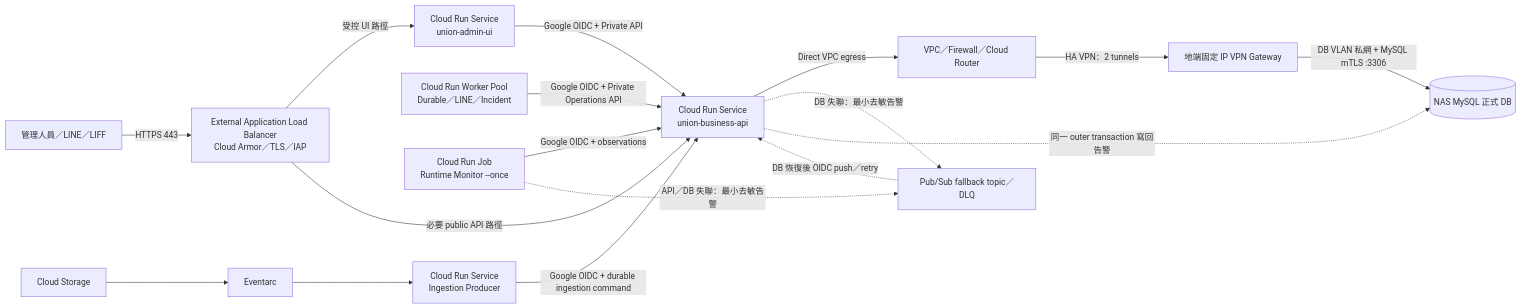
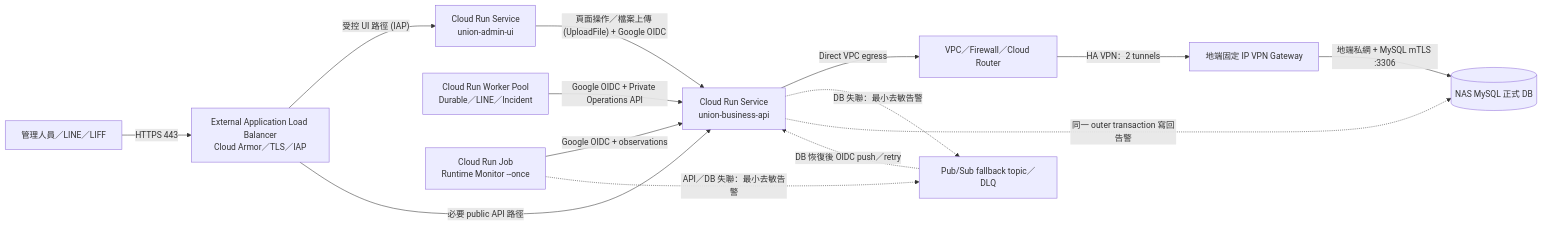
The diagram in document/雲端部署/計劃書/Cloud_Run_Direct_VPC_HA_VPN雙Tunnel部署計畫.md (chrishzc/Labor_union), drawn with Mermaid before and after one commit. The commit also changed other lines of this file and 5 other files, not shown here.

````diff
--- a/document/雲端部署/計劃書/Cloud_Run_Direct_VPC_HA_VPN雙Tunnel部署計畫.md
+++ b/document/雲端部署/計劃書/Cloud_Run_Direct_VPC_HA_VPN雙Tunnel部署計畫.md
@@ -37,19 +36,17 @@
 ```mermaid
 flowchart LR
     USER["管理人員／LINE／LIFF"] -->|"HTTPS 443"| EDGE["External Application Load Balancer\nCloud Armor／TLS／IAP"]
-    EDGE -->|"受控 UI 路徑"| UI["Cloud Run Service\nunion-admin-ui"]
+    EDGE -->|"受控 UI 路徑 (IAP)"| UI["Cloud Run Service\nunion-admin-ui"]
     EDGE -->|"必要 public API 路徑"| API["Cloud Run Service\nunion-business-api"]
-    UI -->|"Google OIDC + Private API"| API
+    UI -->|"頁面操作／檔案上傳 (UploadFile) + Google OIDC"| API
     WORKERS["Cloud Run Worker Pool\nDurable／LINE／Incident"] -->|"Google OIDC + Private Operations API"| API
     MONITOR["Cloud Run Job\nRuntime Monitor --once"] -->|"Google OIDC + observations"| API
-    GCS["Cloud Storage"] --> EVENTARC["Eventarc"] --> INGEST["Cloud Run Service\nIngestion Producer"]
-    INGEST -->|"Google OIDC + durable ingestion command"| API
     API -->|"Direct VPC egress"| VPC["VPC／Firewall／Cloud Router"]
     VPC -->|"HA VPN：2 tunnels"| GW["地端固定 IP VPN Gateway"]
-    GW -->|"DB VLAN 私網 + MySQL mTLS :3306"| DB[("NAS MySQL 正式 DB")]
+    GW -->|"地端私網 + MySQL mTLS :3306"| DB[("NAS MySQL 正式 DB")]
 
     MONITOR -. "API／DB 失聯：最小去敏告警" .-> PS["Pub/Sub fallback topic／DLQ"]
     API -. "DB 失聯：最小去敏告警" .-> PS
     PS -. "DB 恢復後 OIDC push／retry" .-> API
     API -. "同一 outer transaction 寫回告警" .-> DB
 ```
````
